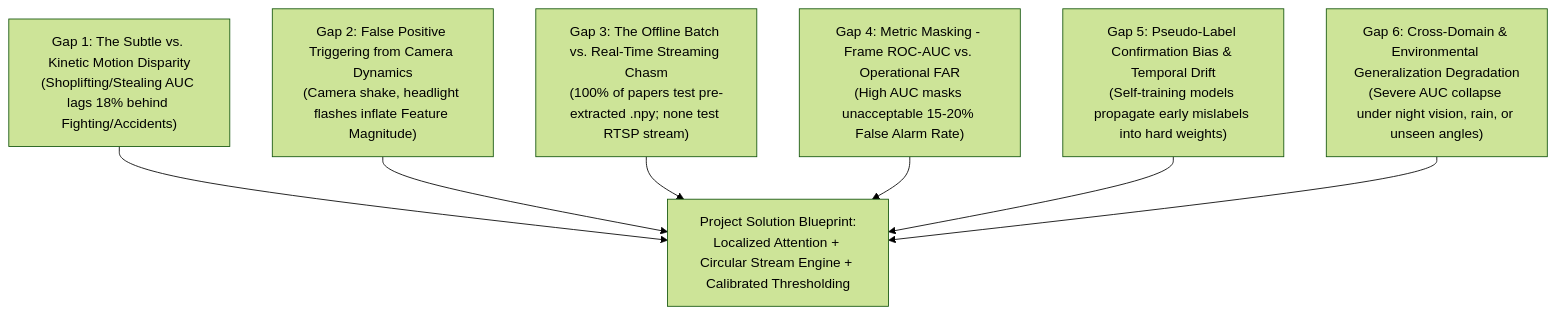
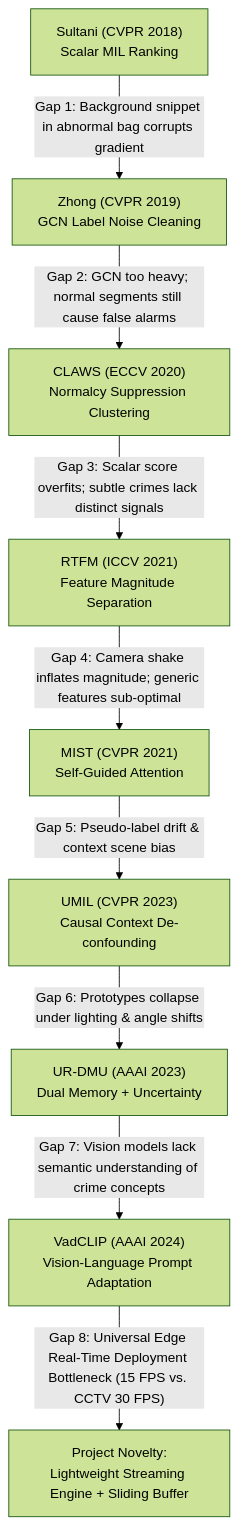
The second of 2 diagrams in references/research_papers_and_gap_analysis.md (areenthomas/Real-Time-Intelligent-Video-Surveillance-and-Anomaly-Detection), drawn with Mermaid (forest theme) before and after one commit. The commit also changed other lines of this file and 1 other file, not shown here.

Commit message:
docs: expand literature review to 14 papers and add pairwise granular gap analysis

````diff
--- a/references/research_papers_and_gap_analysis.md
+++ b/references/research_papers_and_gap_analysis.md
@@ -138,16 +53,11 @@
 ```mermaid
 flowchart TD
-    G1["Gap 1: The Subtle vs. Kinetic Motion Disparity<br/>(Shoplifting/Stealing AUC lags 18% behind Fighting/Accidents)"]
-    G2["Gap 2: False Positive Triggering from Camera Dynamics<br/>(Camera shake, headlight flashes inflate Feature Magnitude)"]
-    G3["Gap 3: The Offline Batch vs. Real-Time Streaming Chasm<br/>(100% of papers test pre-extracted .npy; none test RTSP stream)"]
-    G4["Gap 4: Metric Masking - Frame ROC-AUC vs. Operational FAR<br/>(High AUC masks unacceptable 15-20% False Alarm Rate)"]
-    G5["Gap 5: Pseudo-Label Confirmation Bias & Temporal Drift<br/>(Self-training models propagate early mislabels into hard weights)"]
-    G6["Gap 6: Cross-Domain & Environmental Generalization Degradation<br/>(Severe AUC collapse under night vision, rain, or unseen angles)"]
-
-    G1 --> Sol["Project Solution Blueprint:<br/>Localized Attention + Circular Stream Engine + Calibrated Thresholding"]
-    G2 --> Sol
-    G3 --> Sol
-    G4 --> Sol
-    G5 --> Sol
-    G6 --> Sol
+    P1["Sultani (CVPR 2018)<br/>Scalar MIL Ranking"] -->|"Gap 1: Background snippet in abnormal bag corrupts gradient"| P2["Zhong (CVPR 2019)<br/>GCN Label Noise Cleaning"]
+    P2 -->|"Gap 2: GCN too heavy; normal segments still cause false alarms"| P3["CLAWS (ECCV 2020)<br/>Normalcy Suppression Clustering"]
+    P3 -->|"Gap 3: Scalar score overfits; subtle crimes lack distinct signals"| P4["RTFM (ICCV 2021)<br/>Feature Magnitude Separation"]
+    P4 -->|"Gap 4: Camera shake inflates magnitude; generic features sub-optimal"| P5["MIST (CVPR 2021)<br/>Self-Guided Attention"]
+    P5 -->|"Gap 5: Pseudo-label drift & context scene bias"| P6["UMIL (CVPR 2023)<br/>Causal Context De-confounding"]
+    P6 -->|"Gap 6: Prototypes collapse under lighting & angle shifts"| P7["UR-DMU (AAAI 2023)<br/>Dual Memory + Uncertainty"]
+    P7 -->|"Gap 7: Vision models lack semantic understanding of crime concepts"| P8["VadCLIP (AAAI 2024)<br/>Vision-Language Prompt Adaptation"]
+    P8 -->|"Gap 8: Universal Edge Real-Time Deployment Bottleneck (15 FPS vs. CCTV 30 FPS)"| P9["Project Novelty:<br/>Lightweight Streaming Engine + Sliding Buffer"]
 ```
````
